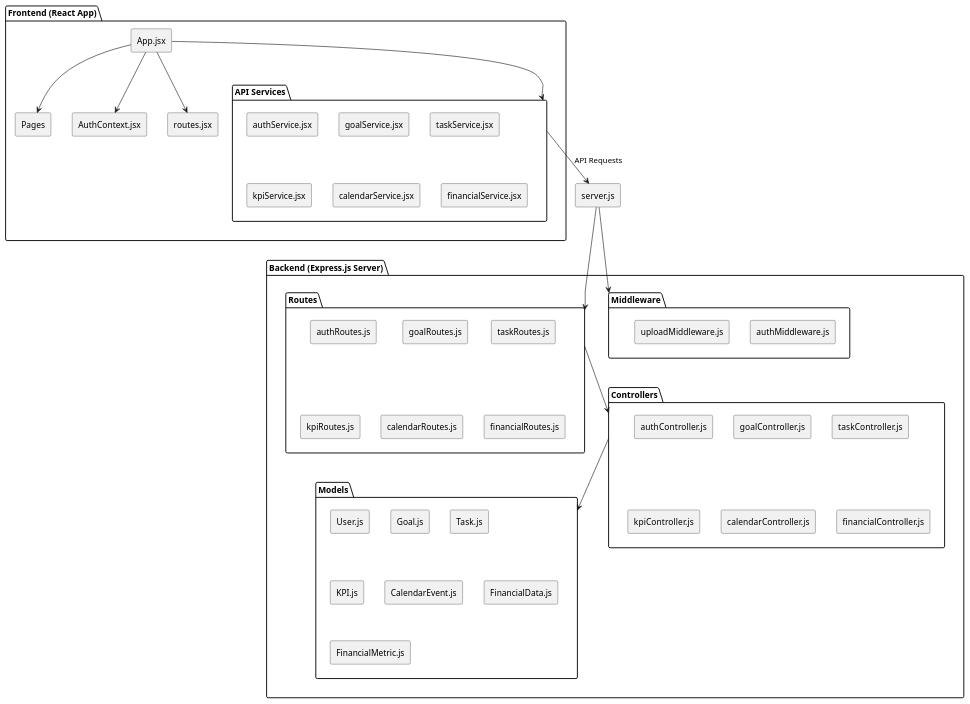
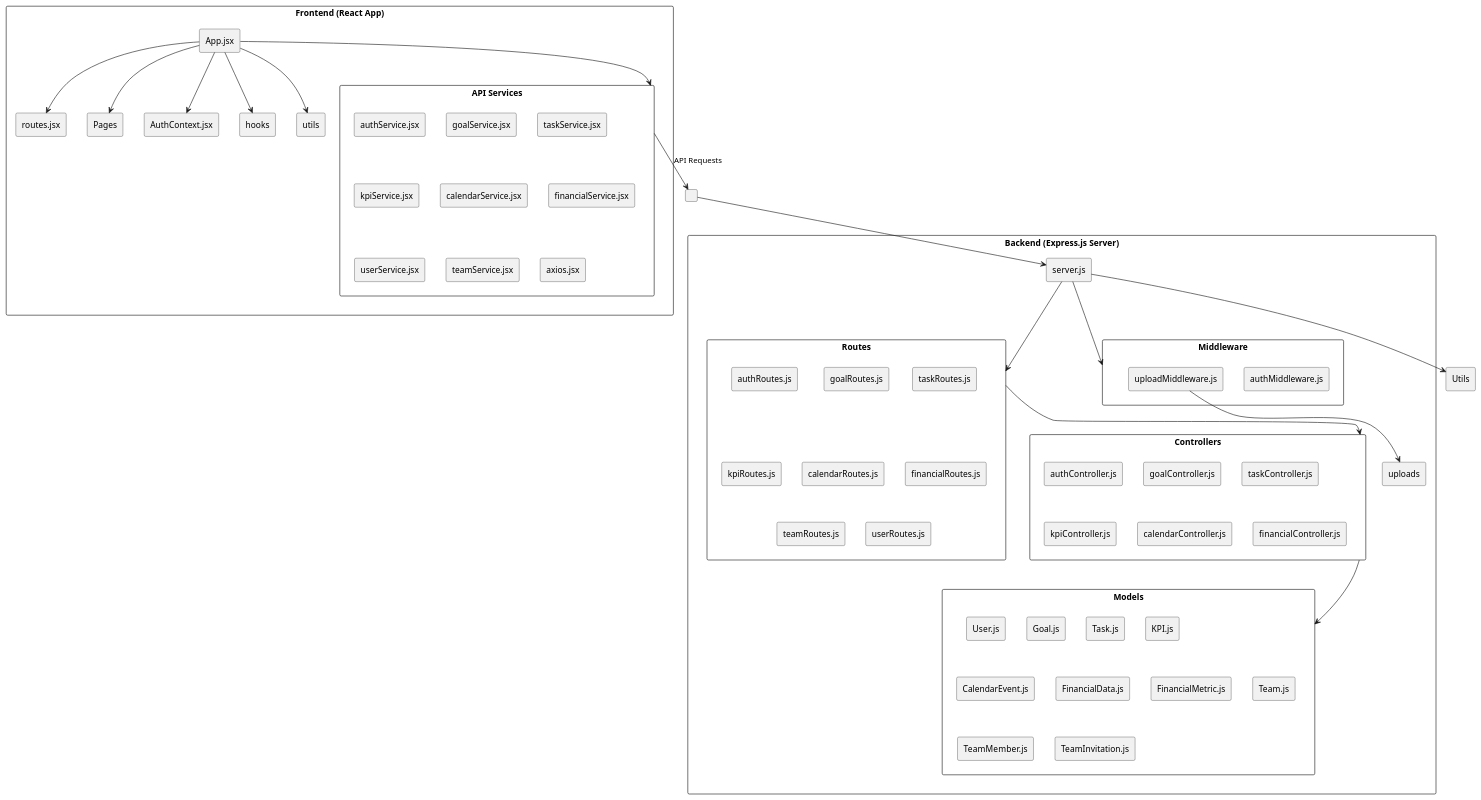
Before and after one commit to boncuana22/smart-goals-tracker: the diagram in docs/architecture.puml, drawn with PlantUML. The commit also changed 14 other files, not shown here.

```diff
--- a/docs/architecture.puml
+++ b/docs/architecture.puml
@@ -1,73 +1,94 @@
 @startuml
 top to bottom direction
 skinparam componentStyle rectangle
 skinparam defaultTextAlignment center
 
-' Frontend (sus)
-package "Frontend (React App)" {
+' === FRONTEND ===
+rectangle "Frontend (React App)" {
     [App.jsx]
+    [routes.jsx]
     [Pages]
     [AuthContext.jsx]
-    [routes.jsx]
+    [hooks]
+    [utils]
 
-    package "API Services" {
+    rectangle "API Services" {
         [authService.jsx]
         [goalService.jsx]
         [taskService.jsx]
         [kpiService.jsx]
         [calendarService.jsx]
         [financialService.jsx]
+        [userService.jsx]
+        [teamService.jsx]
+        [axios.jsx]
     }
+
 }
 
-[App.jsx] --> [API Services]
 [App.jsx] --> [routes.jsx]
 [App.jsx] --> [Pages]
 [App.jsx] --> [AuthContext.jsx]
-[API Services] --> [server.js] : API Requests
+[App.jsx] --> [hooks]
+[App.jsx] --> [utils]
+[App.jsx] --> [API Services]
 
-' Backend (jos)
-package "Backend (Express.js Server)" {
+' === ANCORĂ pentru BACKEND ===
+component " " as BackendAnchor
+[API Services] --> BackendAnchor : API Requests
+
+' === BACKEND ===
+rectangle "Backend (Express.js Server)" {
     [server.js]
 
-    package "Routes" {
+    rectangle "Routes" {
         [authRoutes.js]
         [goalRoutes.js]
         [taskRoutes.js]
         [kpiRoutes.js]
         [calendarRoutes.js]
         [financialRoutes.js]
+        [teamRoutes.js]
+        [userRoutes.js]
     }
 
-    package "Controllers" {
+    rectangle "Controllers" {
         [authController.js]
         [goalController.js]
         [taskController.js]
         [kpiController.js]
         [calendarController.js]
         [financialController.js]
     }
 
-    package "Models" {
+    rectangle "Models" {
         [User.js]
         [Goal.js]
         [Task.js]
         [KPI.js]
         [CalendarEvent.js]
         [FinancialData.js]
         [FinancialMetric.js]
+        [Team.js]
+        [TeamMember.js]
+        [TeamInvitation.js]
     }
 
-    package "Middleware" {
+    rectangle "Middleware" {
         [authMiddleware.js]
         [uploadMiddleware.js]
     }
+
+    [utils]
+    [uploads]
 }
 
-' Legături verticale clare
+BackendAnchor --> [server.js]
 [server.js] --> [Routes]
 [Routes] --> [Controllers]
 [Controllers] --> [Models]
 [server.js] --> [Middleware]
+[server.js] --> [Utils]
+[uploadMiddleware.js] --> [uploads]
 
 @enduml
```
